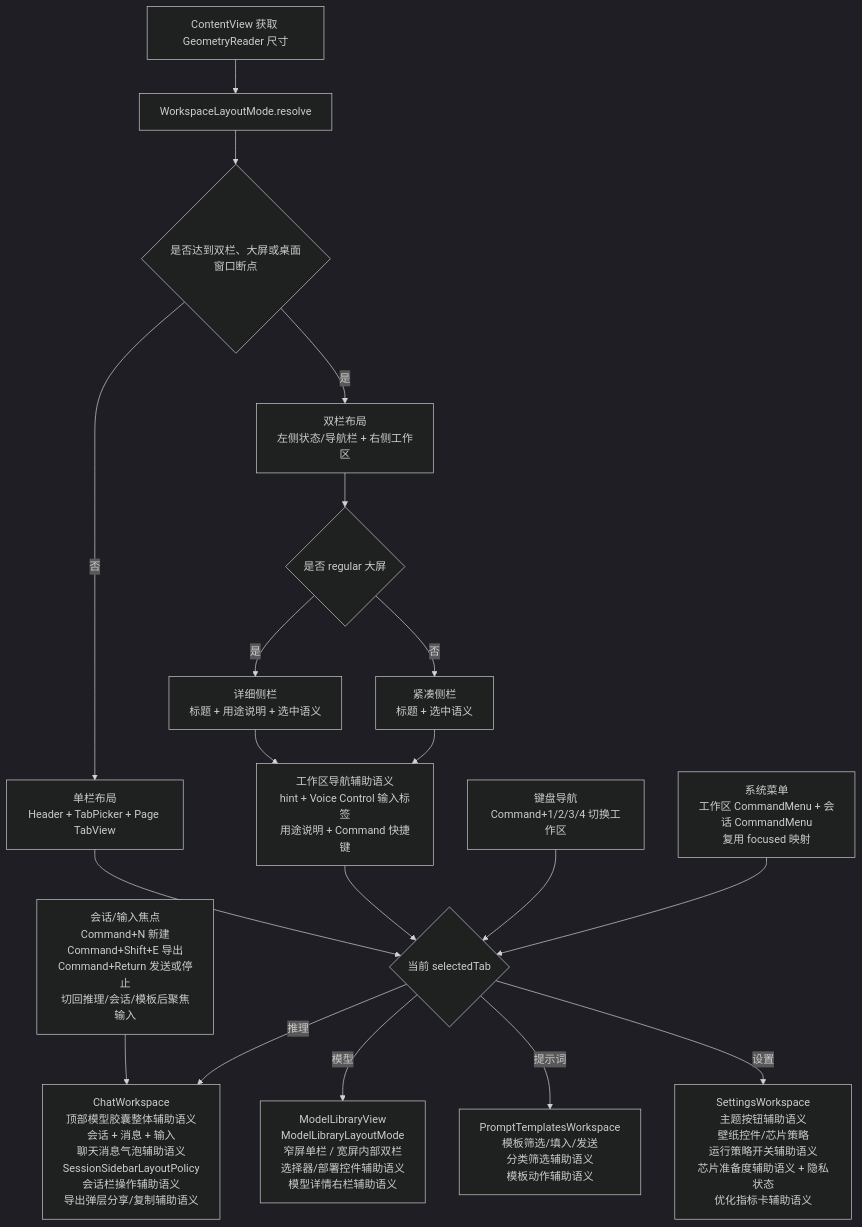
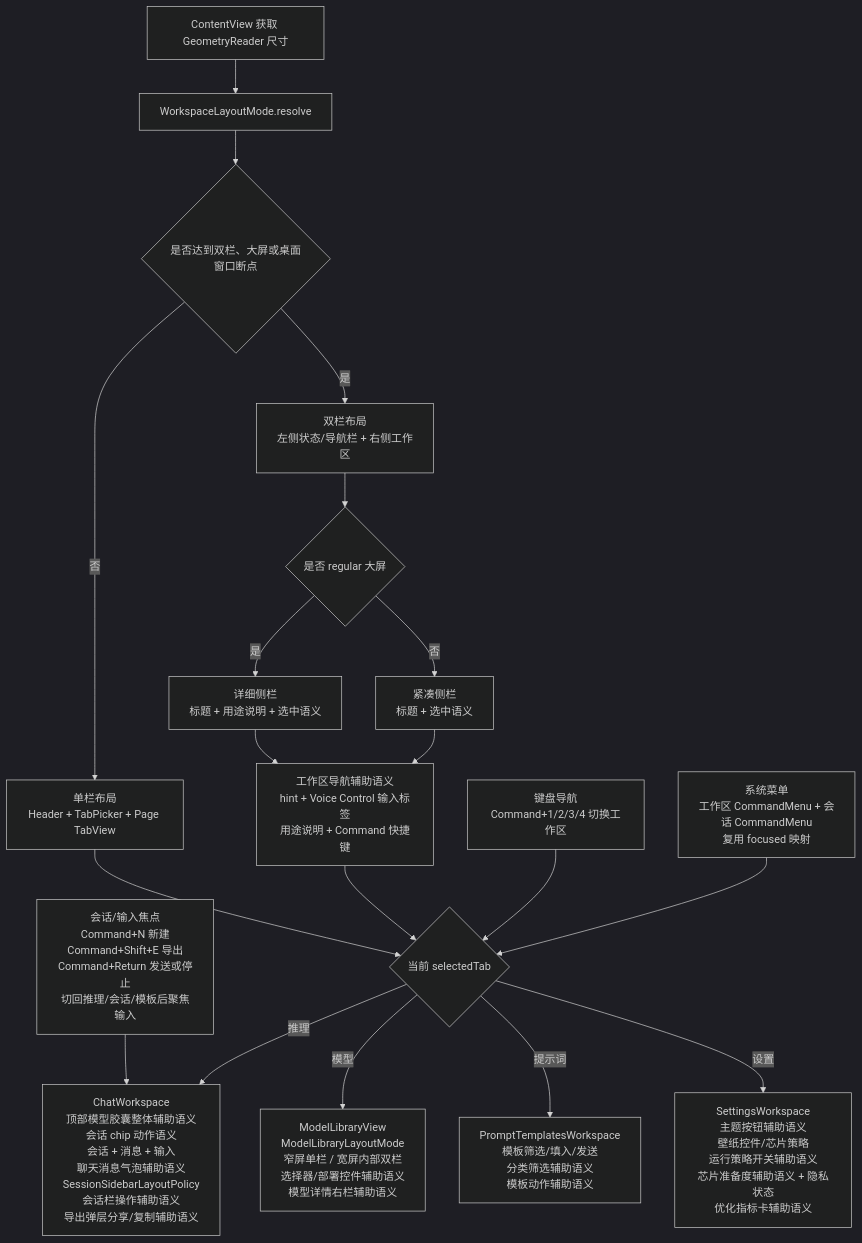
The fourth of 9 diagrams in md/flow/flowchart.md (Altman-sam114/113), drawn with Mermaid (dark theme) before and after one commit. The commit also changed other lines of this file and 8 other files, not shown here.

Commit message:
v2.14: 增强会话 chip 动作语义

````diff
--- a/md/flow/flowchart.md
+++ b/md/flow/flowchart.md
@@ -68,21 +68,21 @@
 ```mermaid
 flowchart TD
     A[ContentView 获取 GeometryReader 尺寸] --> B[WorkspaceLayoutMode.resolve]
     B --> C{是否达到双栏、大屏或桌面窗口断点}
     C -- 否 --> D[单栏布局<br/>Header + TabPicker + Page TabView]
     C -- 是 --> E[双栏布局<br/>左侧状态/导航栏 + 右侧工作区]
     E --> N{是否 regular 大屏}
     N -- 是 --> O[详细侧栏<br/>标题 + 用途说明 + 选中语义]
     N -- 否 --> P[紧凑侧栏<br/>标题 + 选中语义]
     D --> F{当前 selectedTab}
     O --> X[工作区导航辅助语义<br/>hint + Voice Control 输入标签<br/>用途说明 + Command 快捷键]
     P --> X
     X --> F
     K[键盘导航<br/>Command+1/2/3/4 切换工作区] --> F
     M[系统菜单<br/>工作区 CommandMenu + 会话 CommandMenu<br/>复用 focused 映射] --> F
     L[会话/输入焦点<br/>Command+N 新建<br/>Command+Shift+E 导出<br/>Command+Return 发送或停止<br/>切回推理/会话/模板后聚焦输入] --> G
-    F -- 推理 --> G[ChatWorkspace<br/>顶部模型胶囊整体辅助语义<br/>会话 + 消息 + 输入<br/>聊天消息气泡辅助语义<br/>SessionSidebarLayoutPolicy<br/>会话栏操作辅助语义<br/>导出弹层分享/复制辅助语义]
+    F -- 推理 --> G[ChatWorkspace<br/>顶部模型胶囊整体辅助语义<br/>会话 chip 动作语义<br/>会话 + 消息 + 输入<br/>聊天消息气泡辅助语义<br/>SessionSidebarLayoutPolicy<br/>会话栏操作辅助语义<br/>导出弹层分享/复制辅助语义]
     F -- 模型 --> H[ModelLibraryView<br/>ModelLibraryLayoutMode<br/>窄屏单栏 / 宽屏内部双栏<br/>选择器/部署控件辅助语义<br/>模型详情右栏辅助语义]
     F -- 提示词 --> I[PromptTemplatesWorkspace<br/>模板筛选/填入/发送<br/>分类筛选辅助语义<br/>模板动作辅助语义]
     F -- 设置 --> J[SettingsWorkspace<br/>主题按钮辅助语义<br/>壁纸控件/芯片策略<br/>运行策略开关辅助语义<br/>芯片准备度辅助语义 + 隐私状态<br/>优化指标卡辅助语义]
 ```
````
